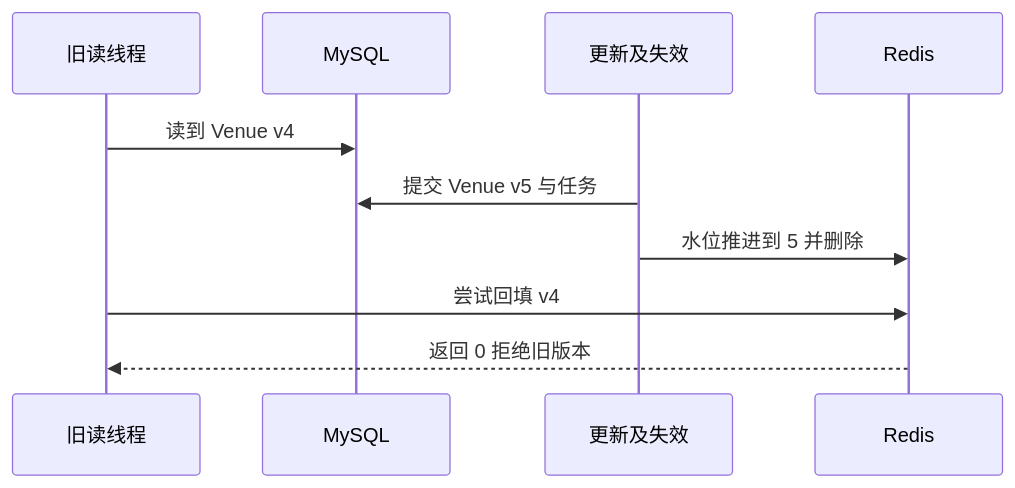
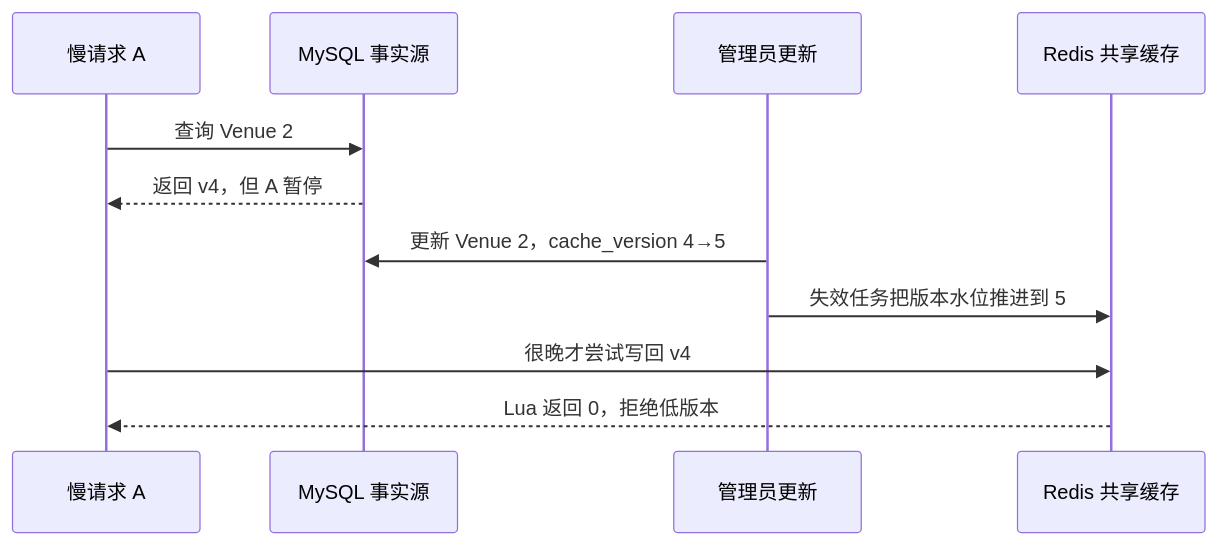
Before and after one commit to SyH-101/citypass-platform: the eighth of 15 diagrams in 02-多级缓存一致性.md, drawn with Mermaid. The commit also changed other lines of this file, not shown here.

Commit message:
docs: restructure multi-level cache learning guide

````diff
--- a/02-多级缓存一致性.md
+++ b/02-多级缓存一致性.md
@@ -792,12 +447,13 @@
 ```mermaid
 sequenceDiagram
-    participant Q as 旧读线程
-    participant D as MySQL
-    participant W as 更新及失效
-    participant R as Redis
-    Q->>D: 读到 Venue v4
-    W->>D: 提交 Venue v5 与任务
-    W->>R: 水位推进到 5 并删除
-    Q->>R: 尝试回填 v4
-    R-->>Q: 返回 0 拒绝旧版本
+    participant A as 慢请求 A
+    participant DB as MySQL 事实源
+    participant W as 管理员更新
+    participant R as Redis 共享缓存
+    A->>DB: 查询 Venue 2
+    DB-->>A: 返回 v4，但 A 暂停
+    W->>DB: 更新 Venue 2，cache_version 4→5
+    W->>R: 失效任务把版本水位推进到 5
+    A->>R: 很晚才尝试写回 v4
+    R-->>A: Lua 返回 0，拒绝低版本
 ```
````
